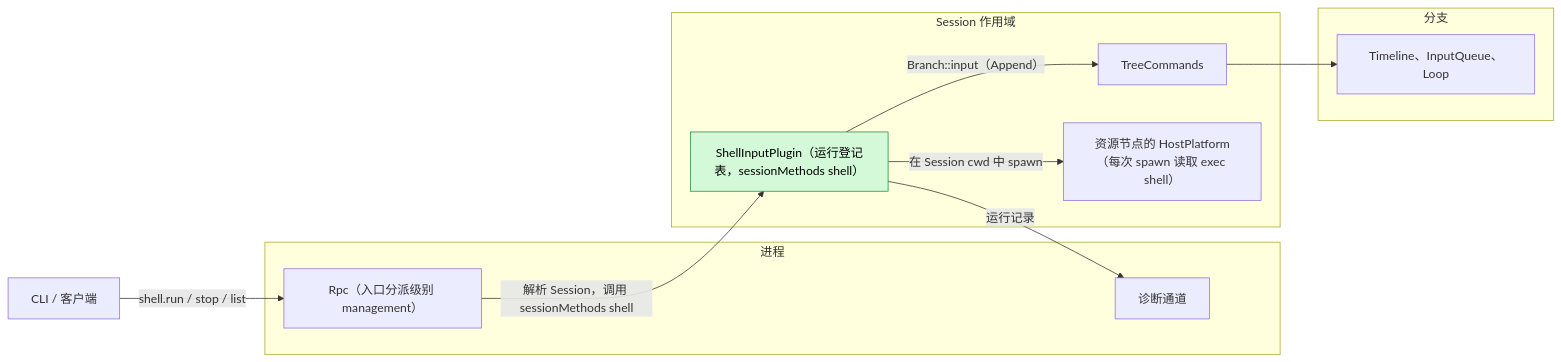
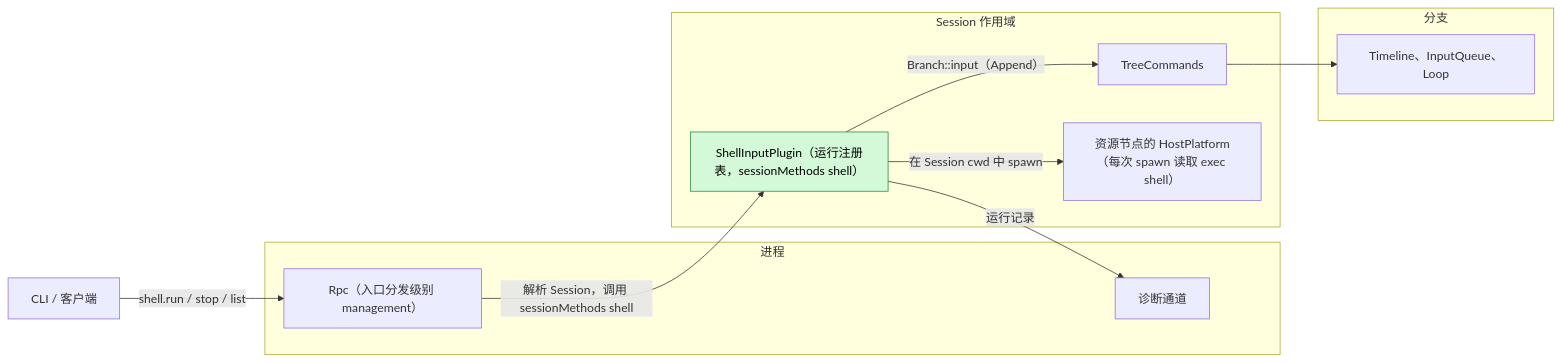
The first of 5 diagrams in docs/zh/design/plugins/ShellInput.md (CoutinhoTTS/dim-agent), drawn with Mermaid before and after one commit. The commit also changed other lines of this file and 18 other files, not shown here.

````diff
--- a/docs/zh/design/plugins/ShellInput.md
+++ b/docs/zh/design/plugins/ShellInput.md
@@ -9,23 +9,23 @@
 ```mermaid
 flowchart LR
   CLI["CLI / 客户端"]
   subgraph P["进程"]
-    RPC["Rpc（入口分派级别 management）"]
+    RPC["Rpc（入口分发级别 management）"]
     DG["诊断通道"]
   end
   subgraph S["Session 作用域"]
-    SI["ShellInputPlugin（运行登记表，sessionMethods shell）"]:::new
+    SI["ShellInputPlugin（运行注册表，sessionMethods shell）"]:::new
     TC["TreeCommands"]
     HP["资源节点的 HostPlatform（每次 spawn 读取 exec shell）"]
   end
   subgraph B["分支"]
     IQ["Timeline、InputQueue、Loop"]
   end
   CLI -- "shell.run / stop / list" --> RPC
   RPC -- "解析 Session，调用 sessionMethods shell" --> SI
   SI -- "在 Session cwd 中 spawn" --> HP
   SI -- "Branch::input（Append）" --> TC
   TC --> IQ
   SI -- "运行记录" --> DG
   classDef new fill:#d3f9d8,stroke:#2b8a3e,color:#000
 ```
````
